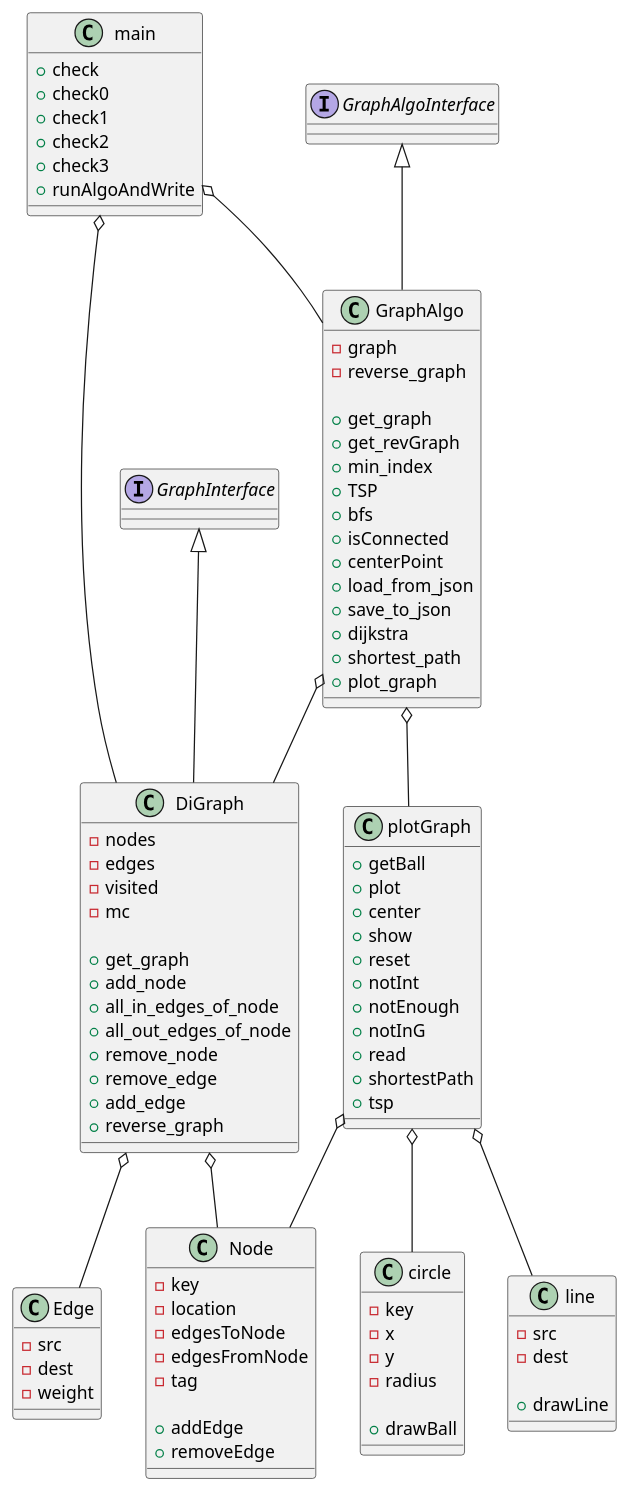
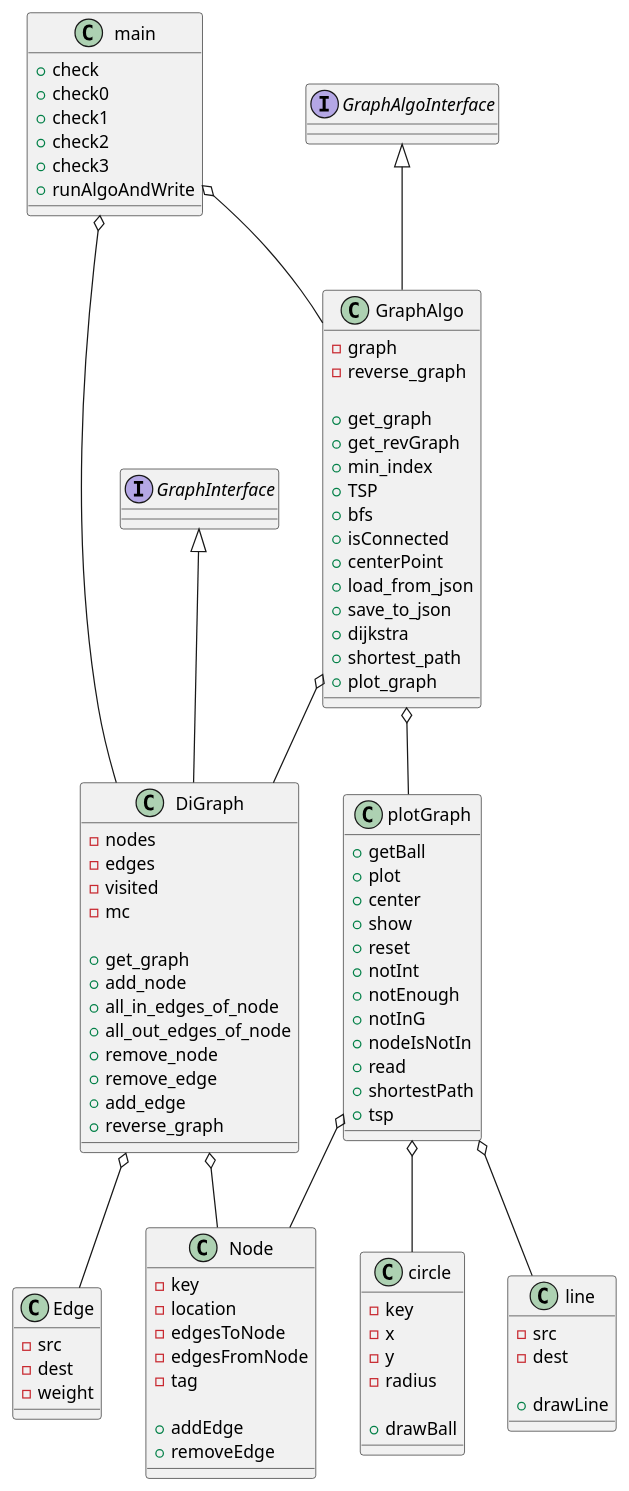
The diagram in src/diagram.puml (TaliaSeada/Ex3_OOP), drawn with PlantUML before and after one commit. The commit also changed 3 other files, not shown here.

Commit message:
update README update UML update main

```diff
--- a/src/diagram.puml
+++ b/src/diagram.puml
@@ -1,114 +1,115 @@
 @startuml
 
 main o-- DiGraph
 main o-- GraphAlgo
 
 DiGraph o-- Edge
 DiGraph o-- Node
 
 GraphAlgo o-- DiGraph
 GraphAlgo o-- plotGraph
 
 plotGraph o-- Node
 plotGraph o-- circle
 plotGraph o-- line
 
 interface GraphInterface
 interface GraphAlgoInterface
 
 GraphInterface <|-- DiGraph
 GraphAlgoInterface <|-- GraphAlgo
 
 class main{
 +check
 +check0
 +check1
 +check2
 +check3
 +runAlgoAndWrite
 }
 
 class Edge{
 -src
 -dest
 -weight
 }
 
 class Node{
 -key
 -location
 -edgesToNode
 -edgesFromNode
 -tag
 
 +addEdge
 +removeEdge
 }
 
 class DiGraph{
 -nodes
 -edges
 -visited
 -mc
 
 +get_graph
 +add_node
 +all_in_edges_of_node
 +all_out_edges_of_node
 +remove_node
 +remove_edge
 +add_edge
 +reverse_graph
 }
 
 class plotGraph{
 +getBall
 +plot
 +center
 +show
 +reset
 +notInt
 +notEnough
 +notInG
++nodeIsNotIn
 +read
 +shortestPath
 +tsp
 }
 
 class circle{
 -key
 - x
 - y
 -radius
 
 +drawBall
 }
 
 class line{
 -src
 -dest
 
 +drawLine
 }
 
 class GraphAlgo{
 -graph
 -reverse_graph
 
 +get_graph
 +get_revGraph
 +min_index
 +TSP
 +bfs
 +isConnected
 +centerPoint
 +load_from_json
 +save_to_json
 +dijkstra
 +shortest_path
 +plot_graph
 }
 
 
 
 @enduml
```
